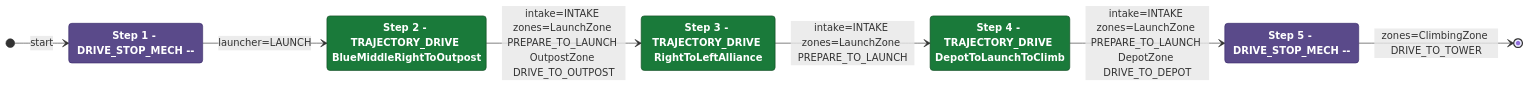
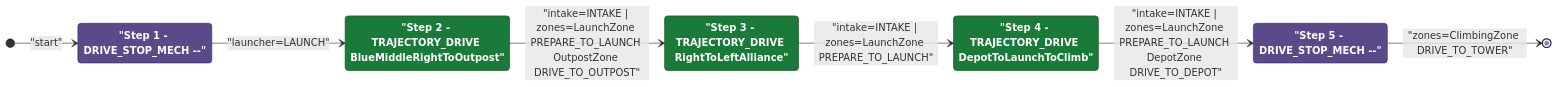
Before and after one commit to Team302/2026Rebuilt: the diagram in documents/auton/BlueBOutLaunch0DepOutScoreClimb.md, drawn with Mermaid. The commit also changed 242 other files, not shown here.

Commit message:
Regenerated diagrams with fixed red

````diff
--- a/documents/auton/BlueBOutLaunch0DepOutScoreClimb.md
+++ b/documents/auton/BlueBOutLaunch0DepOutScoreClimb.md
@@ -8,27 +8,27 @@
 ```mermaid
 stateDiagram-v2
     direction LR
 
     %% Green = intake active, Purple = intake off
     classDef intake  fill:#1a7a3a,color:#ffffff,stroke:#0d4a1f,font-weight:bold
     classDef noIntake fill:#5a4a8a,color:#ffffff,stroke:#3a2a6a,font-weight:bold
 
-    Step1 : Step 1 - DRIVE_STOP_MECH --
-    Step2 : Step 2 - TRAJECTORY_DRIVE BlueMiddleRightToOutpost
-    Step3 : Step 3 - TRAJECTORY_DRIVE RightToLeftAlliance
-    Step4 : Step 4 - TRAJECTORY_DRIVE DepotToLaunchToClimb
-    Step5 : Step 5 - DRIVE_STOP_MECH --
+    Step1 : "Step 1 - DRIVE_STOP_MECH --"
+    Step2 : "Step 2 - TRAJECTORY_DRIVE BlueMiddleRightToOutpost"
+    Step3 : "Step 3 - TRAJECTORY_DRIVE RightToLeftAlliance"
+    Step4 : "Step 4 - TRAJECTORY_DRIVE DepotToLaunchToClimb"
+    Step5 : "Step 5 - DRIVE_STOP_MECH --"
 
     class Step1 noIntake
     class Step2 intake
     class Step3 intake
     class Step4 intake
     class Step5 noIntake
 
-    [*] --> Step1 : start
-    Step1 --> Step2: launcher=LAUNCH
-    Step2 --> Step3: intake=INTAKE zones=LaunchZone PREPARE_TO_LAUNCH OutpostZone DRIVE_TO_OUTPOST
-    Step3 --> Step4: intake=INTAKE zones=LaunchZone PREPARE_TO_LAUNCH
-    Step4 --> Step5: intake=INTAKE zones=LaunchZone PREPARE_TO_LAUNCH DepotZone DRIVE_TO_DEPOT
-    Step5 --> [*]: zones=ClimbingZone DRIVE_TO_TOWER
+    [*] --> Step1 : "start"
+    Step1 --> Step2: "launcher=LAUNCH"
+    Step2 --> Step3: "intake=INTAKE | zones=LaunchZone PREPARE_TO_LAUNCH OutpostZone DRIVE_TO_OUTPOST"
+    Step3 --> Step4: "intake=INTAKE | zones=LaunchZone PREPARE_TO_LAUNCH"
+    Step4 --> Step5: "intake=INTAKE | zones=LaunchZone PREPARE_TO_LAUNCH DepotZone DRIVE_TO_DEPOT"
+    Step5 --> [*]: "zones=ClimbingZone DRIVE_TO_TOWER"
 ```
````
